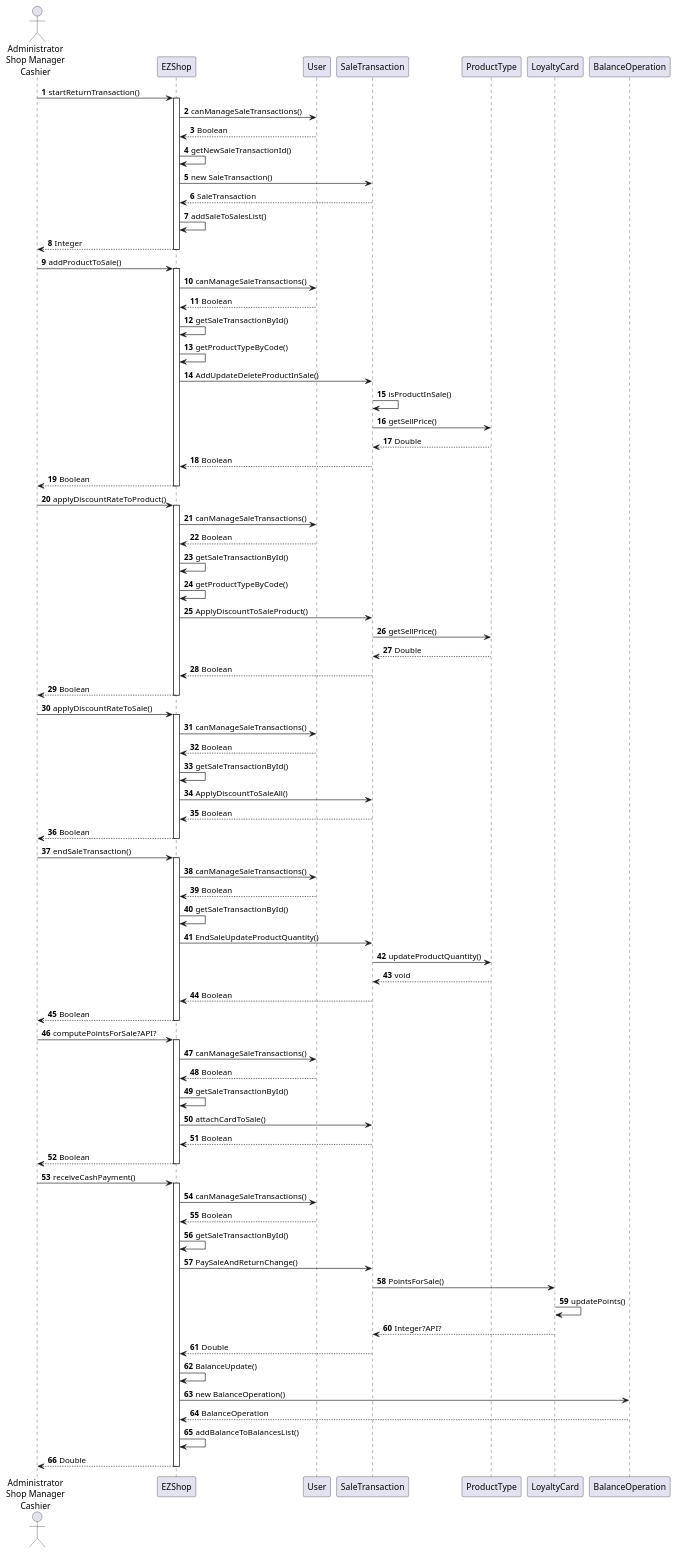
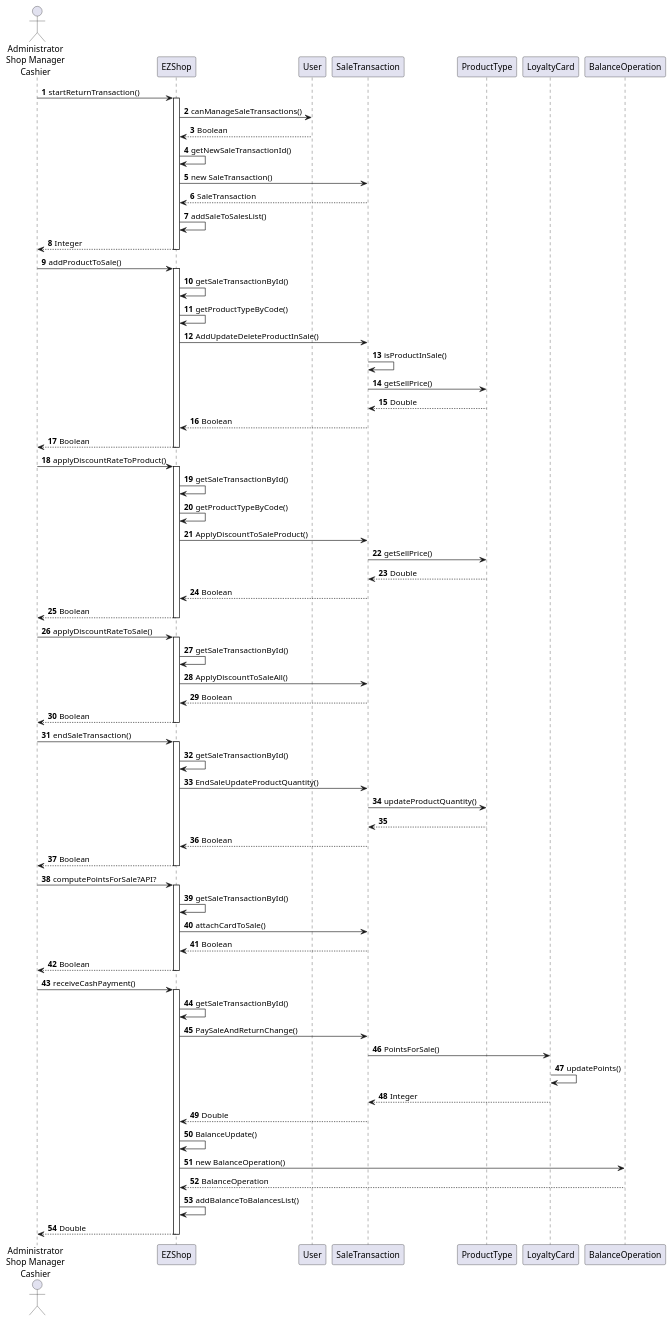
Before and after one commit to gioele-scaletta/EZShop-Software-Engineering-Project: diagram 11 of 16 in Deliverables/DesignDocument.md, drawn with PlantUML. The commit also changed other lines of this file, not shown here.

````diff
--- a/Deliverables/DesignDocument.md
+++ b/Deliverables/DesignDocument.md
@@ -389,4 +389,5 @@
 ```plantuml
+''scale 0.8
 actor "Administrator\nShop Manager\nCashier" as user
 
 autonumber
@@ -404,8 +405,8 @@
 
 user -> EZShop : addProductToSale()
 activate  EZShop
-EZShop -> User : canManageSaleTransactions()
-EZShop <-- User : Boolean
+'EZShop -> User : canManageSaleTransactions()
+'EZShop <-- User : Boolean
 EZShop -> EZShop : getSaleTransactionById()
 EZShop-> EZShop : getProductTypeByCode()
 EZShop -> SaleTransaction : AddUpdateDeleteProductInSale()
@@ -418,8 +419,8 @@
 
 user -> EZShop : applyDiscountRateToProduct()
 activate  EZShop
-EZShop -> User : canManageSaleTransactions()
-EZShop <-- User : Boolean
+'EZShop -> User : canManageSaleTransactions()
+'EZShop <-- User : Boolean
 EZShop -> EZShop : getSaleTransactionById()
 EZShop-> EZShop : getProductTypeByCode()
 EZShop -> SaleTransaction : ApplyDiscountToSaleProduct()
@@ -431,8 +432,8 @@
 
 user -> EZShop : applyDiscountRateToSale()
 activate  EZShop
-EZShop -> User : canManageSaleTransactions()
-EZShop <-- User : Boolean
+'EZShop -> User : canManageSaleTransactions()
+'EZShop <-- User : Boolean
 EZShop -> EZShop : getSaleTransactionById()
 EZShop -> SaleTransaction : ApplyDiscountToSaleAll()
 EZShop <-- SaleTransaction : Boolean
@@ -441,20 +442,20 @@
 
 user -> EZShop : endSaleTransaction()
 activate  EZShop
-EZShop -> User : canManageSaleTransactions()
-EZShop <-- User : Boolean
+'EZShop -> User : canManageSaleTransactions()
+'EZShop <-- User : Boolean
 EZShop -> EZShop : getSaleTransactionById()
 EZShop -> SaleTransaction : EndSaleUpdateProductQuantity()
 SaleTransaction -> ProductType : updateProductQuantity()
-SaleTransaction <-- ProductType : void
+SaleTransaction <-- ProductType 
 EZShop <-- SaleTransaction : Boolean
 user <-- EZShop : Boolean
 deactivate EZShop
 
 user -> EZShop : computePointsForSale?API?
 activate  EZShop
-EZShop -> User : canManageSaleTransactions()
-EZShop <-- User : Boolean
+'EZShop -> User : canManageSaleTransactions()
+'EZShop <-- User : Boolean
 EZShop -> EZShop : getSaleTransactionById()
 EZShop -> SaleTransaction : attachCardToSale()
 EZShop <-- SaleTransaction : Boolean
@@ -464,13 +465,13 @@
 
 user -> EZShop : receiveCashPayment()
 activate  EZShop
-EZShop -> User : canManageSaleTransactions()
-EZShop <-- User : Boolean
+'EZShop -> User : canManageSaleTransactions()
+'EZShop <-- User : Boolean
 EZShop -> EZShop : getSaleTransactionById()
 EZShop -> SaleTransaction : PaySaleAndReturnChange()
 SaleTransaction -> LoyaltyCard : PointsForSale()
 LoyaltyCard-> LoyaltyCard : updatePoints()
-SaleTransaction <-- LoyaltyCard : Integer?API?
+SaleTransaction <-- LoyaltyCard : Integer
 EZShop <-- SaleTransaction : Double
 EZShop -> EZShop : BalanceUpdate()
 EZShop -> BalanceOperation : new BalanceOperation()
````
